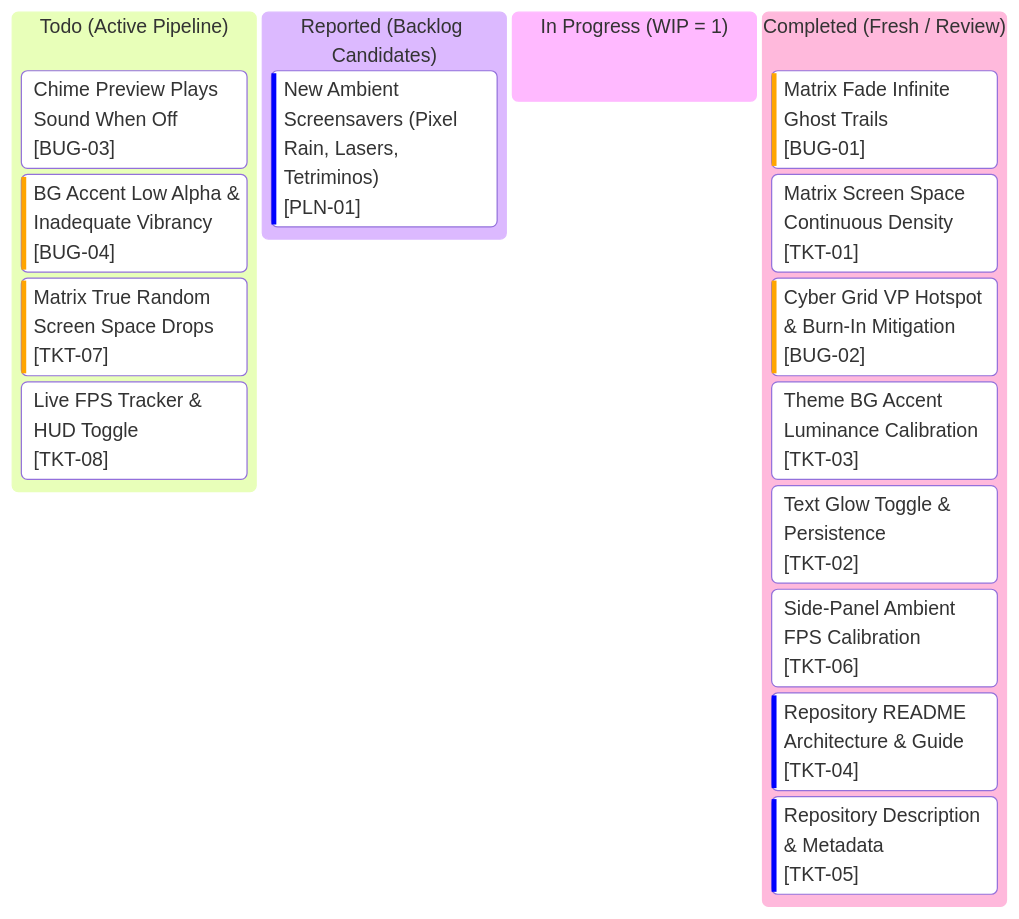
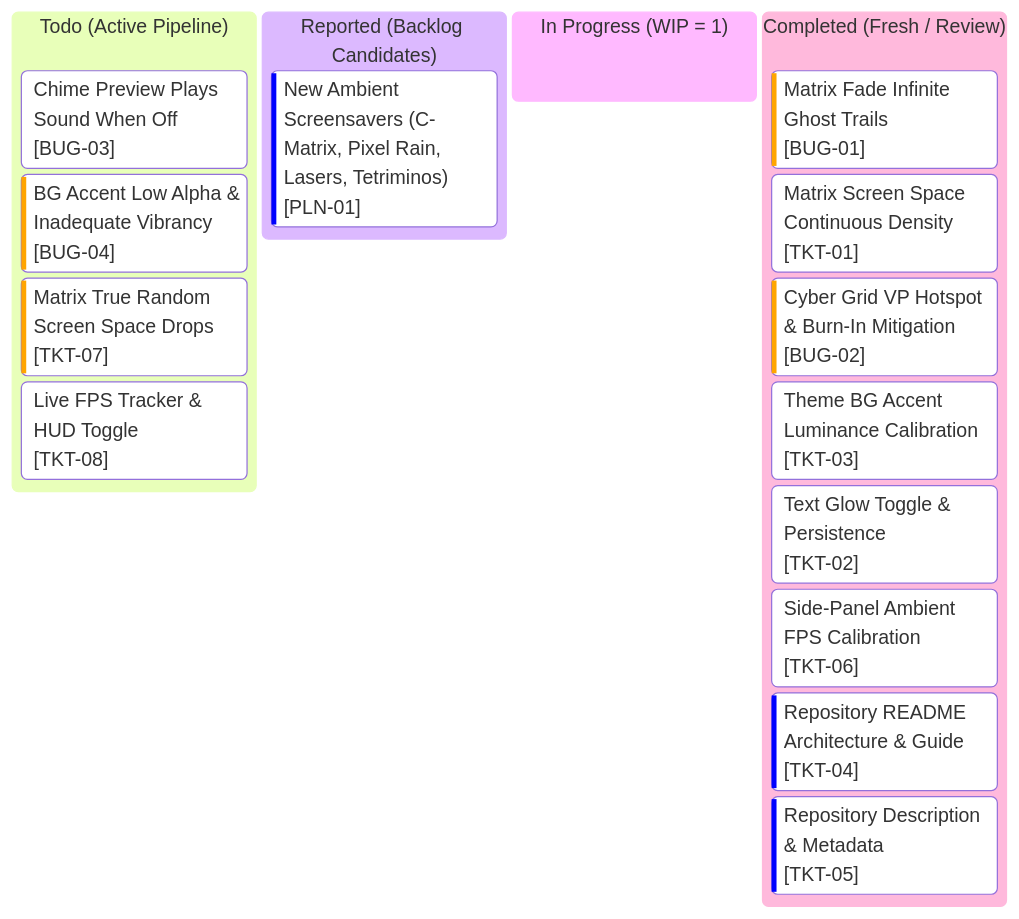
The diagram in kanban.md (AlitheiaDeus/Clockity), drawn with Mermaid before and after one commit. The commit also changed 1 other file, not shown here.

Commit message:
chore(kanban): expand PLN-01 candidate shaders to include authentic terminal C-Matrix

````diff
--- a/kanban.md
+++ b/kanban.md
@@ -3,20 +3,20 @@
 ```mermaid
 kanban
   todo["Todo (Active Pipeline)"]
     bug03["Chime Preview Plays Sound When Off"]@{ ticket: '[BUG-03]', priority: 'Medium' }
     bug04["BG Accent Low Alpha & Inadequate Vibrancy"]@{ ticket: '[BUG-04]', priority: 'High' }
     tkt07["Matrix True Random Screen Space Drops"]@{ ticket: '[TKT-07]', priority: 'High' }
     tkt08["Live FPS Tracker & HUD Toggle"]@{ ticket: '[TKT-08]', priority: 'Medium' }
   reported["Reported (Backlog Candidates)"]
-    pln01["New Ambient Screensavers (Pixel Rain, Lasers, Tetriminos)"]@{ ticket: '[PLN-01]', priority: 'Low' }
+    pln01["New Ambient Screensavers (C-Matrix, Pixel Rain, Lasers, Tetriminos)"]@{ ticket: '[PLN-01]', priority: 'Low' }
   in_progress["In Progress (WIP = 1)"]
   completed["Completed (Fresh / Review)"]
     bug01["Matrix Fade Infinite Ghost Trails"]@{ ticket: '[BUG-01]', priority: 'High' }
     tkt01["Matrix Screen Space Continuous Density"]@{ ticket: '[TKT-01]', priority: 'Medium' }
     bug02["Cyber Grid VP Hotspot & Burn-In Mitigation"]@{ ticket: '[BUG-02]', priority: 'High' }
     tkt03["Theme BG Accent Luminance Calibration"]@{ ticket: '[TKT-03]', priority: 'Medium' }
     tkt02["Text Glow Toggle & Persistence"]@{ ticket: '[TKT-02]', priority: 'Medium' }
     tkt06["Side-Panel Ambient FPS Calibration"]@{ ticket: '[TKT-06]', priority: 'Medium' }
     tkt04["Repository README Architecture & Guide"]@{ ticket: '[TKT-04]', priority: 'Low' }
     tkt05["Repository Description & Metadata"]@{ ticket: '[TKT-05]', priority: 'Low' }
 ```
````
